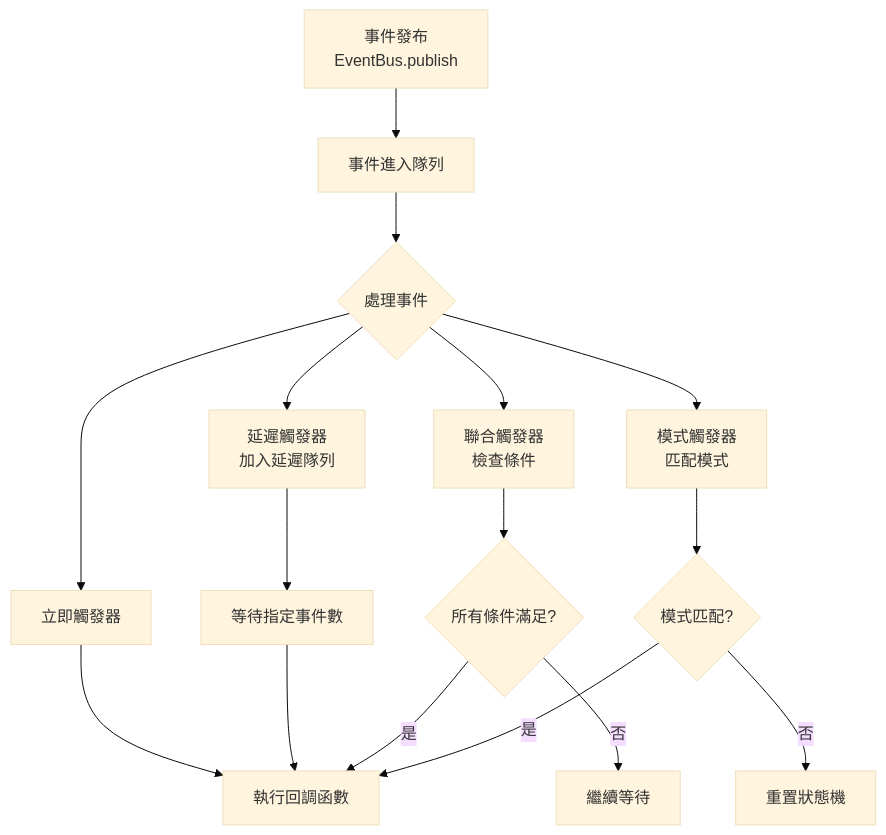
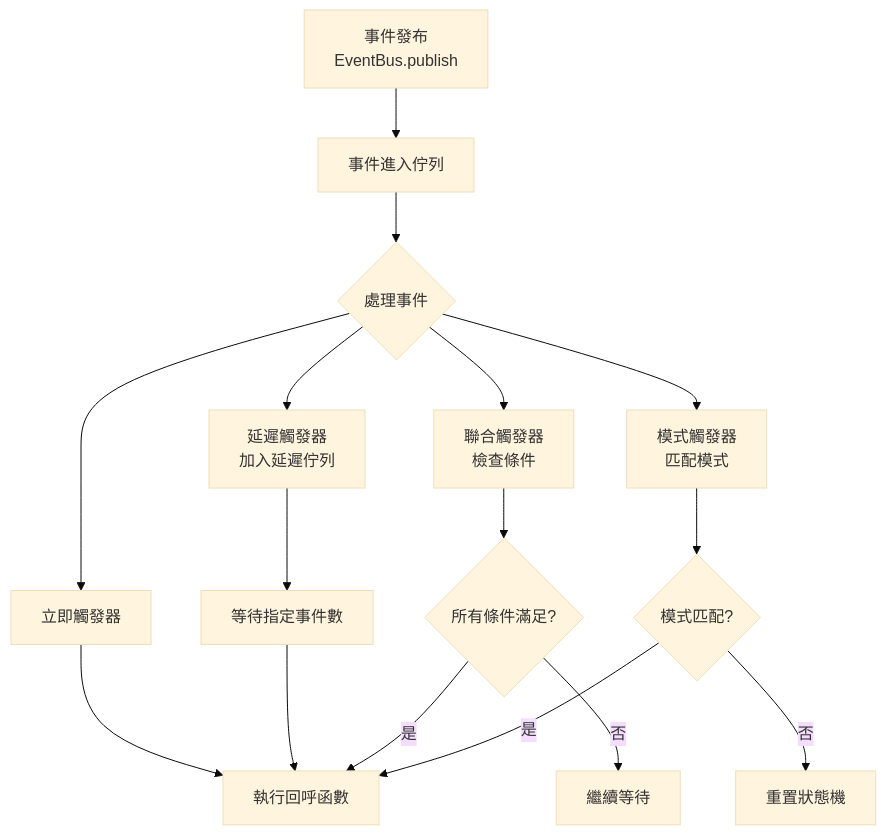
One commit to lizzary/Quantitative-Strategy-Management-and-Monitoring-System-Platform changed diagram 22 of 48 in readme.md. Above: the diagram before and after it, drawn with Mermaid (base theme). The commit also changed other lines of this file, not shown here.

````diff
--- a/readme.md
+++ b/readme.md
@@ -1557,20 +1589,20 @@
 ```mermaid
 flowchart TD
-    A[事件發布<br>EventBus.publish] --> B[事件進入隊列]
+    A[事件發布<br>EventBus.publish] --> B[事件進入佇列]
     B --> C{處理事件}
     C --> D[立即觸發器]
-    C --> E[延遲觸發器<br>加入延遲隊列]
+    C --> E[延遲觸發器<br>加入延遲佇列]
     C --> F[聯合觸發器<br>檢查條件]
     C --> G[模式觸發器<br>匹配模式]
     
-    D --> H[執行回調函數]
+    D --> H[執行回呼函數]
     E --> I[等待指定事件數]
     I --> H
     F --> J{所有條件滿足?}
     J -- 是 --> H
     J -- 否 --> K[繼續等待]
     
     G --> L{模式匹配?}
     L -- 是 --> H
     L -- 否 --> M[重置狀態機]
 ```
````
